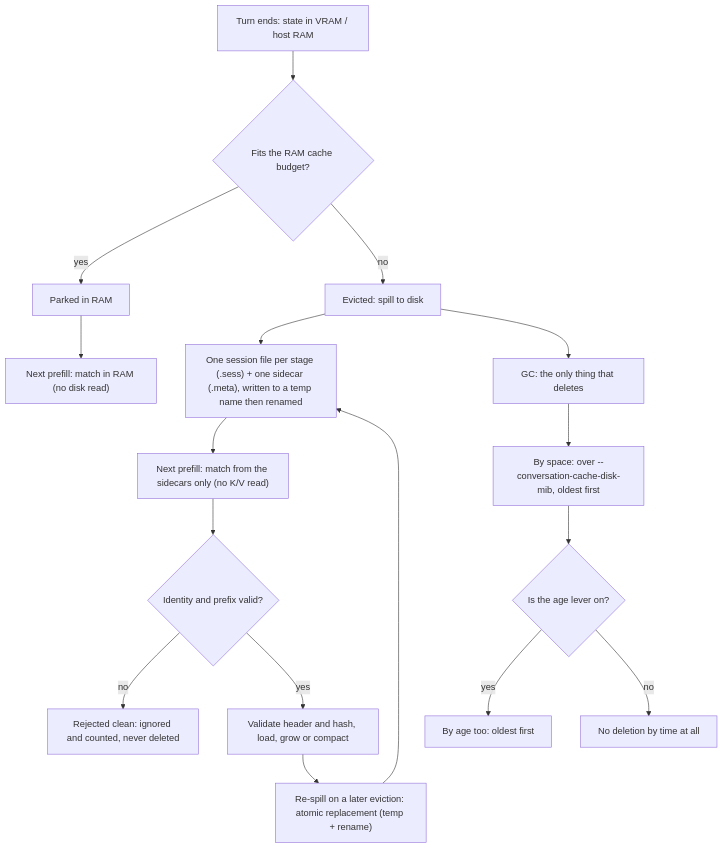
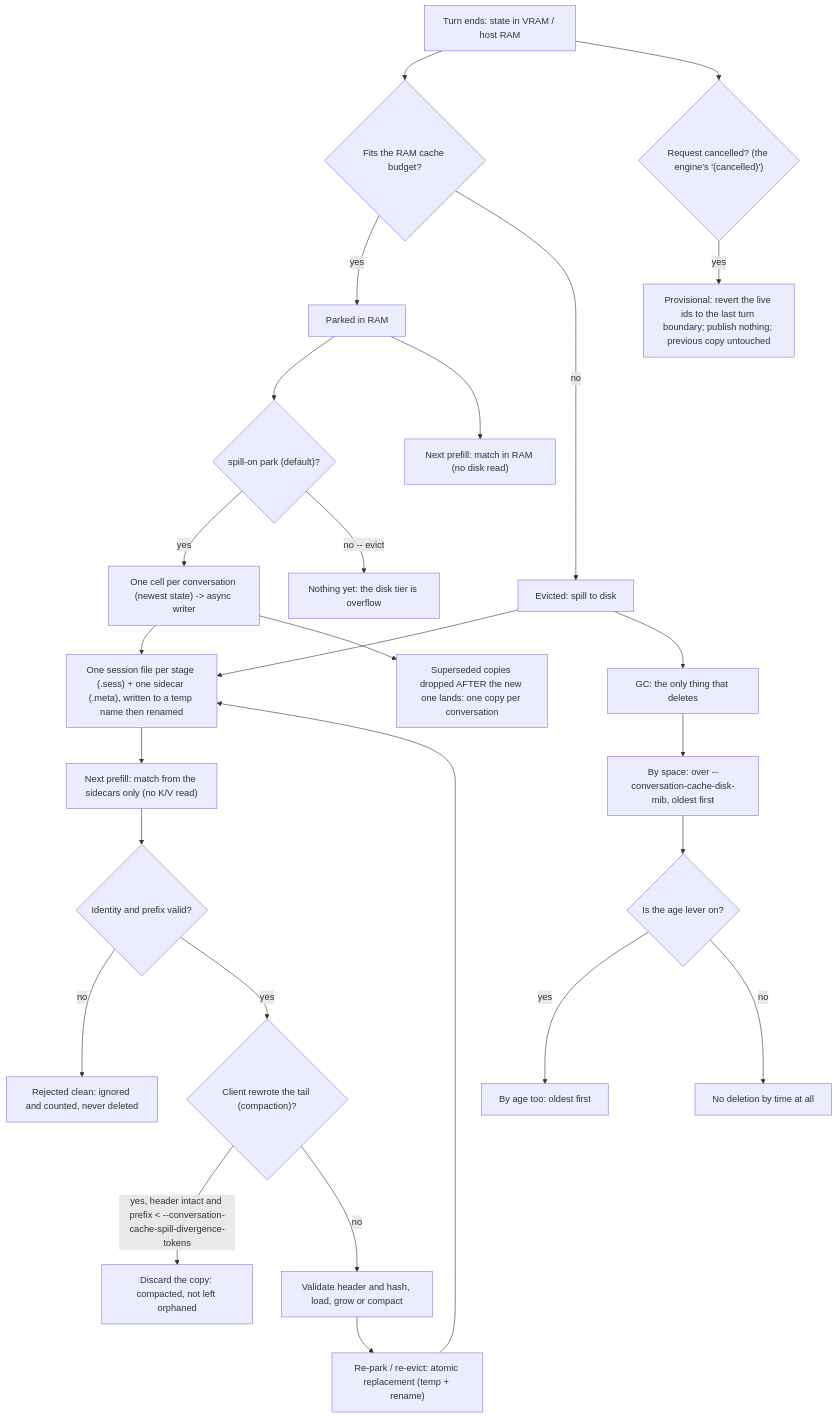
The first of 3 diagrams in docs/SPILL_AND_PROMPT_CACHE.md (shahrokhzargarpour/Strata), drawn with Mermaid before and after one commit. The commit also changed other lines of this file and 5 other files, not shown here.

First line of the commit message:
disk tier: --conversation-cache-spill-on park (a mirror at the park), compaction and cancellation

````diff
--- a/docs/SPILL_AND_PROMPT_CACHE.md
+++ b/docs/SPILL_AND_PROMPT_CACHE.md
@@ -27,19 +35,28 @@
 ```mermaid
 flowchart TD
     A["Turn ends: state in VRAM / host RAM"] --> B{"Fits the RAM cache budget?"}
     B -->|yes| C["Parked in RAM"]
     B -->|no| D["Evicted: spill to disk"]
-    D --> E["One session file per stage (.sess) + one sidecar (.meta), written to a temp name then renamed"]
+    C --> M{"spill-on park (default)?"}
+    M -->|yes| N["One cell per conversation (newest state) -> async writer"]
+    M -->|no -- evict| P["Nothing yet: the disk tier is overflow"]
+    N --> E["One session file per stage (.sess) + one sidecar (.meta), written to a temp name then renamed"]
+    N --> Q["Superseded copies dropped AFTER the new one lands: one copy per conversation"]
+    D --> E
+    E --> G["Next prefill: match from the sidecars only (no K/V read)"]
     C --> F["Next prefill: match in RAM (no disk read)"]
-    E --> G["Next prefill: match from the sidecars only (no K/V read)"]
     G --> H{"Identity and prefix valid?"}
     H -->|no| I["Rejected clean: ignored and counted, never deleted"]
-    H -->|yes| J["Validate header and hash, load, grow or compact"]
-    J --> K["Re-spill on a later eviction: atomic replacement (temp + rename)"]
+    H -->|yes| R{"Client rewrote the tail (compaction)?"}
+    R -->|yes, header intact and prefix < --conversation-cache-spill-divergence-tokens| S["Discard the copy: compacted, not left orphaned"]
+    R -->|no| J["Validate header and hash, load, grow or compact"]
+    J --> K["Re-park / re-evict: atomic replacement (temp + rename)"]
     K --> E
     D --> L["GC: the only thing that deletes"]
-    L --> M["By space: over --conversation-cache-disk-mib, oldest first"]
-    M --> N{"Is the age lever on?"}
-    N -->|yes| O["By age too: oldest first"]
-    N -->|no| P["No deletion by time at all"]
+    L --> T["By space: over --conversation-cache-disk-mib, oldest first"]
+    T --> U{"Is the age lever on?"}
+    U -->|yes| V["By age too: oldest first"]
+    U -->|no| W["No deletion by time at all"]
+    A --> X{"Request cancelled? (the engine's '(cancelled)')"}
+    X -->|yes| Y["Provisional: revert the live ids to the last turn boundary; publish nothing; previous copy untouched"]
 ```
````
